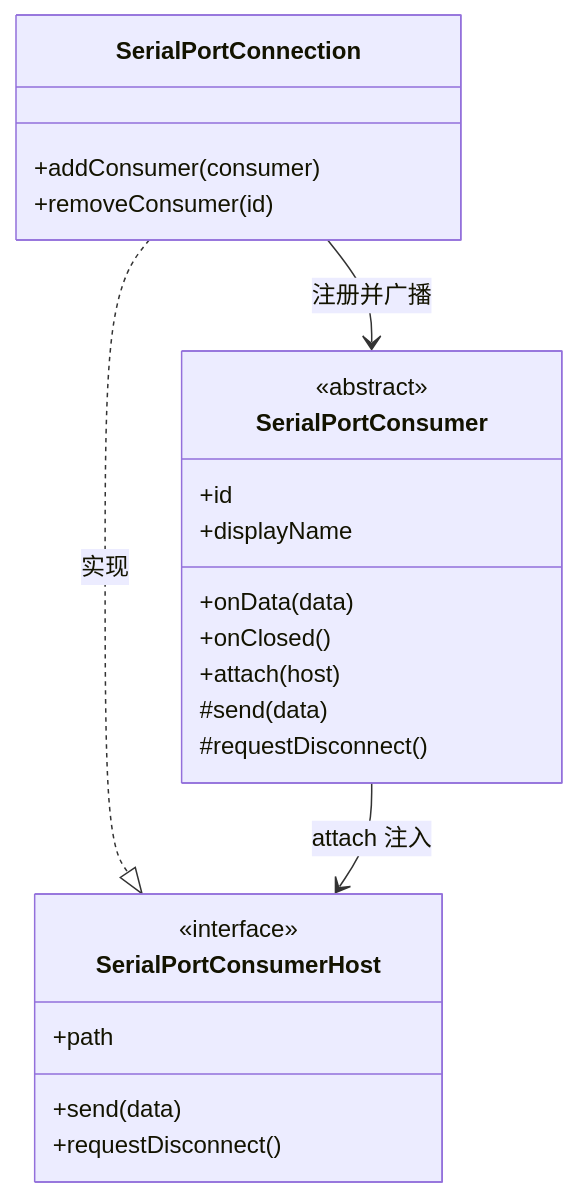
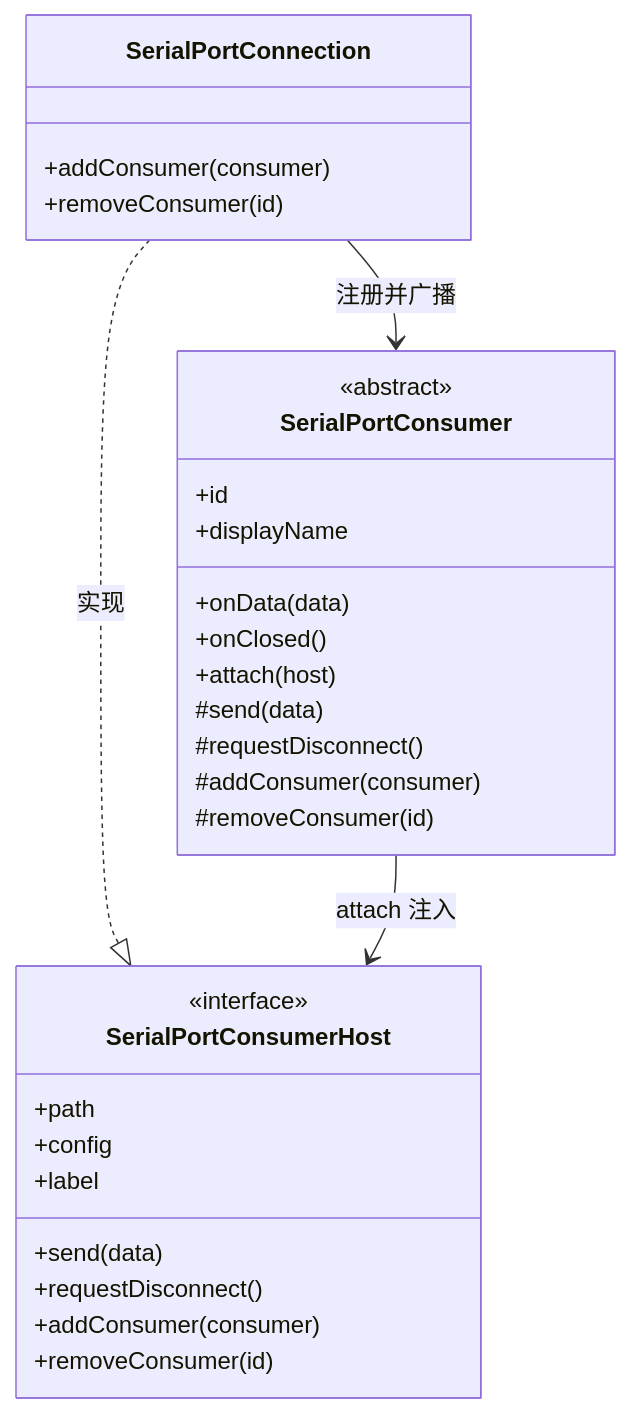
Before and after one commit to ziqiang-zhu/vscode-serial-port-terminal: the diagram in doc/SerialPortConsumer设计.md, drawn with Mermaid. The commit also changed other lines of this file and 4 other files, not shown here.

````diff
--- a/doc/SerialPortConsumer设计.md
+++ b/doc/SerialPortConsumer设计.md
@@ -95,26 +100,32 @@
 ```mermaid
 classDiagram
     class SerialPortConsumer {
         <<abstract>>
         +id
         +displayName
         +onData(data)
         +onClosed()
         +attach(host)
         #send(data)
         #requestDisconnect()
+        #addConsumer(consumer)
+        #removeConsumer(id)
     }
     class SerialPortConsumerHost {
         <<interface>>
         +path
+        +config
+        +label
         +send(data)
         +requestDisconnect()
+        +addConsumer(consumer)
+        +removeConsumer(id)
     }
     class SerialPortConnection {
         +addConsumer(consumer)
         +removeConsumer(id)
     }
     SerialPortConnection --> SerialPortConsumer : 注册并广播
     SerialPortConnection ..|> SerialPortConsumerHost : 实现
     SerialPortConsumer --> SerialPortConsumerHost : attach 注入
 ```
````
